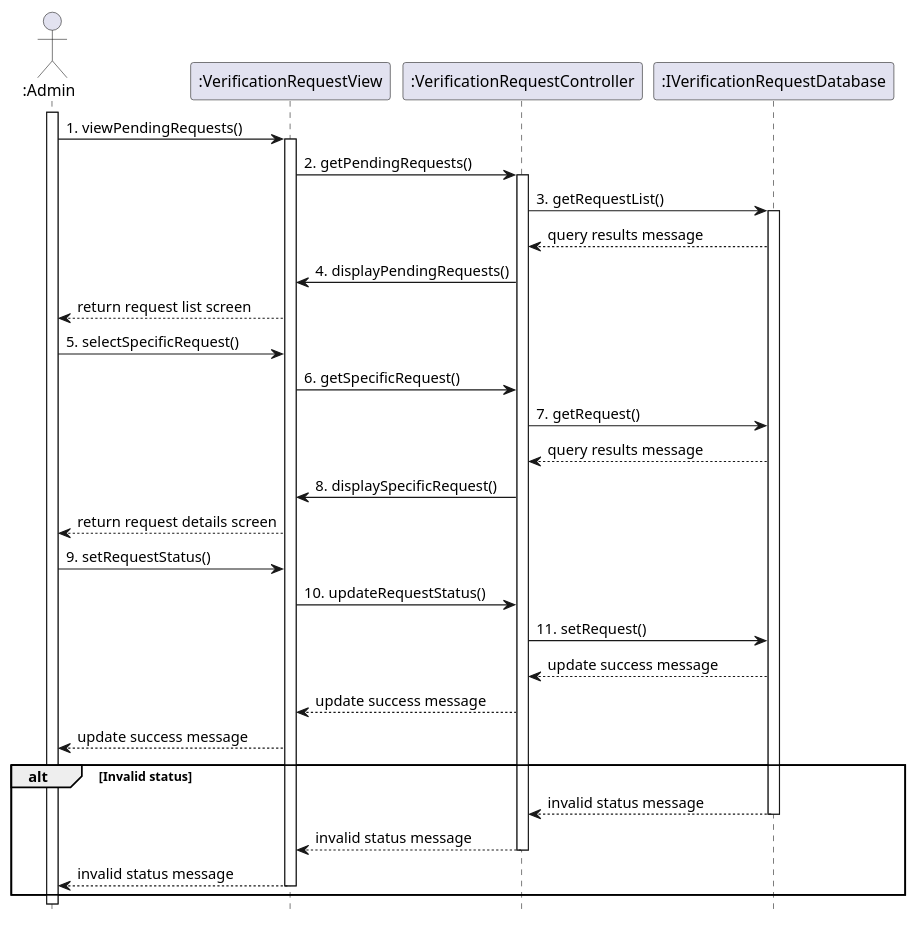
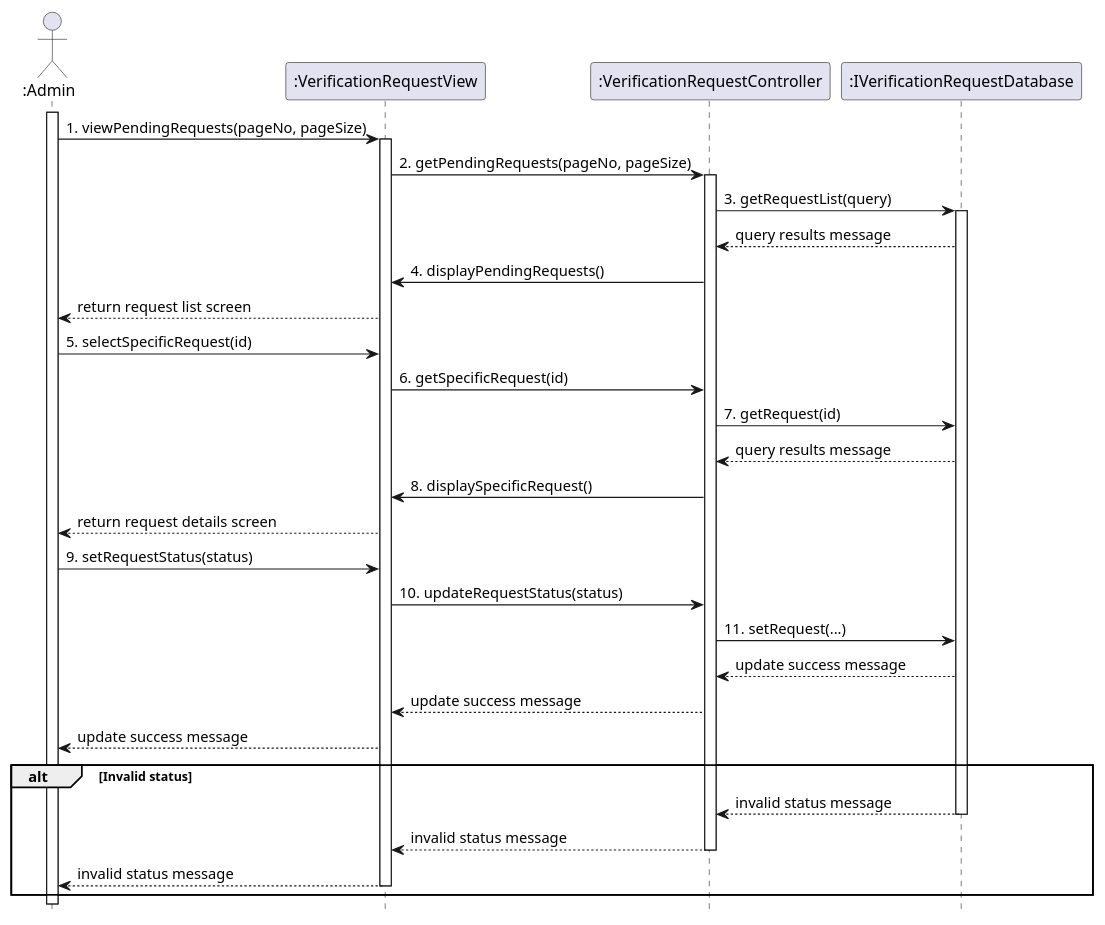
The diagram in uml/design/sequence/linh/approve_car_for_auction.pu (anhbanlinhle/velocity-exchange), drawn with PlantUML before and after one commit.

Commit message:
doc[lynn]: design sequence no. 19

```diff
--- a/uml/design/sequence/linh/approve_car_for_auction.pu
+++ b/uml/design/sequence/linh/approve_car_for_auction.pu
@@ -1,45 +1,45 @@
 @startuml UC_19
 hide footbox
 
 
 actor ":Admin" as Admin
 participant ":VerificationRequestView" as PendingRequestsView
 participant ":VerificationRequestController" as VerificationRequestController
 participant ":IVerificationRequestDatabase" as PendingRequests
 
 Admin ++
-  Admin -> PendingRequestsView: 1. viewPendingRequests()
+  Admin -> PendingRequestsView: 1. viewPendingRequests(pageNo, pageSize)
   PendingRequestsView ++
-    PendingRequestsView -> VerificationRequestController: 2. getPendingRequests()
+    PendingRequestsView -> VerificationRequestController: 2. getPendingRequests(pageNo, pageSize)
     VerificationRequestController ++
-      VerificationRequestController -> PendingRequests: 3. getRequestList()
+      VerificationRequestController -> PendingRequests: 3. getRequestList(query)
         PendingRequests ++
         PendingRequests --> VerificationRequestController: query results message
       VerificationRequestController -> PendingRequestsView: 4. displayPendingRequests()
       PendingRequestsView --> Admin: return request list screen
 
 
-  Admin -> PendingRequestsView: 5. selectSpecificRequest()
-    PendingRequestsView -> VerificationRequestController: 6. getSpecificRequest()
-      VerificationRequestController -> PendingRequests: 7. getRequest()
+  Admin -> PendingRequestsView: 5. selectSpecificRequest(id)
+    PendingRequestsView -> VerificationRequestController: 6. getSpecificRequest(id)
+      VerificationRequestController -> PendingRequests: 7. getRequest(id)
         PendingRequests --> VerificationRequestController: query results message
       VerificationRequestController -> PendingRequestsView: 8. displaySpecificRequest()
       PendingRequestsView --> Admin: return request details screen
 
-  Admin -> PendingRequestsView: 9. setRequestStatus()
-    PendingRequestsView -> VerificationRequestController: 10. updateRequestStatus()
-      VerificationRequestController -> PendingRequests: 11. setRequest()
+  Admin -> PendingRequestsView: 9. setRequestStatus(status)
+    PendingRequestsView -> VerificationRequestController: 10. updateRequestStatus(status)
+      VerificationRequestController -> PendingRequests: 11. setRequest(...)
         PendingRequests --> VerificationRequestController: update success message
       VerificationRequestController --> PendingRequestsView: update success message
     PendingRequestsView --> Admin: update success message
 
 alt Invalid status
   PendingRequests --> VerificationRequestController: invalid status message
   PendingRequests --
     VerificationRequestController --> PendingRequestsView: invalid status message
     VerificationRequestController --
     PendingRequestsView --> Admin: invalid status message
     PendingRequestsView --
 end
 
 @enduml
```
